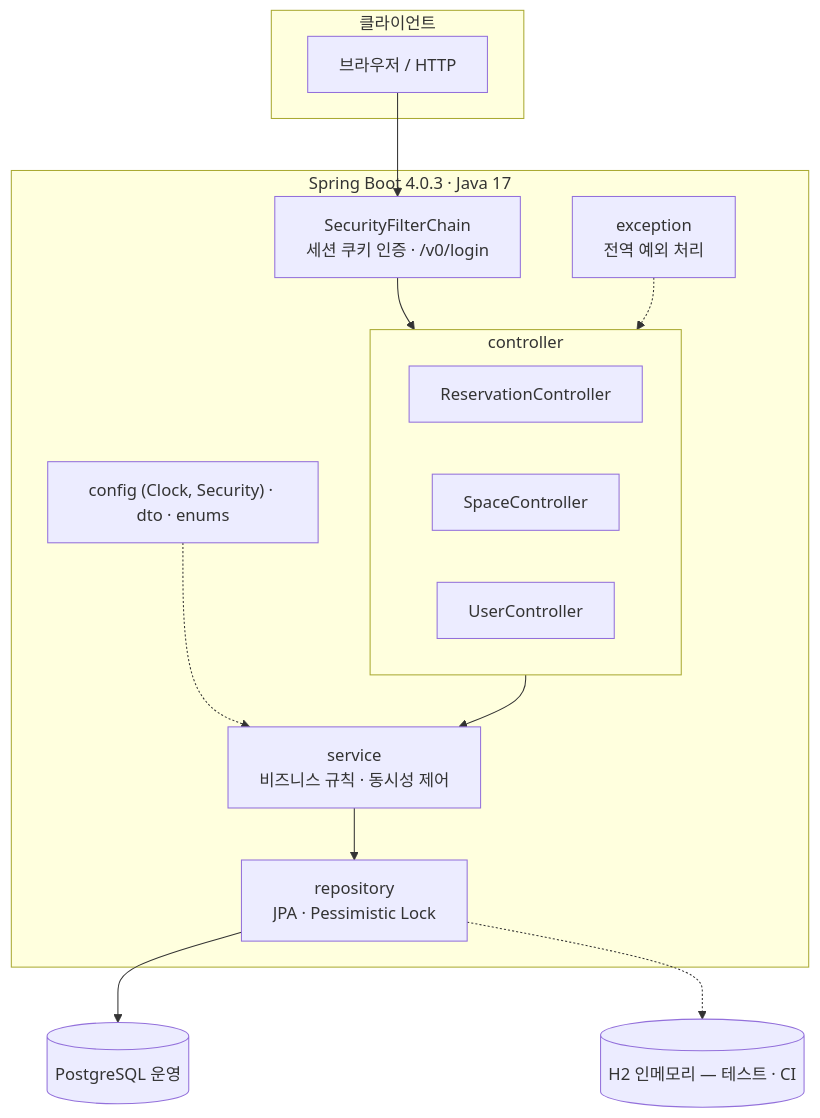
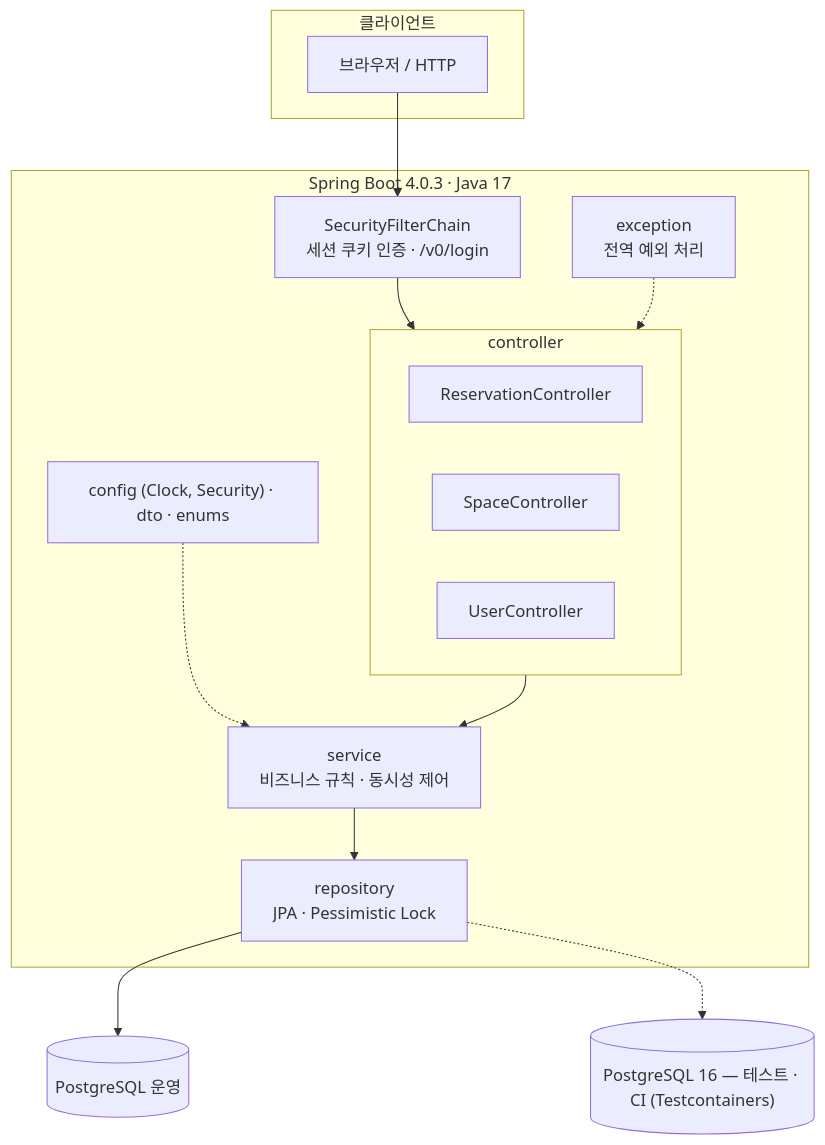
The first of 2 diagrams in README.md (joons5834/rent-a-space-api), drawn with Mermaid before and after one commit. The commit also changed other lines of this file, not shown here.

Commit message:
docs: describe the PostgreSQL test setup and drop the H2 caveat

````diff
--- a/README.md
+++ b/README.md
@@ -21,29 +21,29 @@
 ```mermaid
 flowchart TB
   subgraph Client["클라이언트"]
     B[브라우저 / HTTP]
   end
 
   subgraph App["Spring Boot 4.0.3 · Java 17"]
     SEC["SecurityFilterChain<br/>세션 쿠키 인증 · /v0/login"]
     subgraph CTL["controller"]
       C1[ReservationController]
       C2[SpaceController]
       C3[UserController]
     end
     SVC["service<br/>비즈니스 규칙 · 동시성 제어"]
     REPO["repository<br/>JPA · Pessimistic Lock"]
     SUP["config (Clock, Security) · dto · enums"]
     EXC["exception<br/>전역 예외 처리"]
   end
 
   DB[("PostgreSQL 운영")]
-  H2[("H2 인메모리 — 테스트 · CI")]
+  TESTDB[("PostgreSQL 16 — 테스트 · CI (Testcontainers)")]
 
   B --> SEC --> CTL
   CTL --> SVC --> REPO
   SUP -.-> SVC
   EXC -.-> CTL
   REPO --> DB
-  REPO -.-> H2
+  REPO -.-> TESTDB
 ```
````
